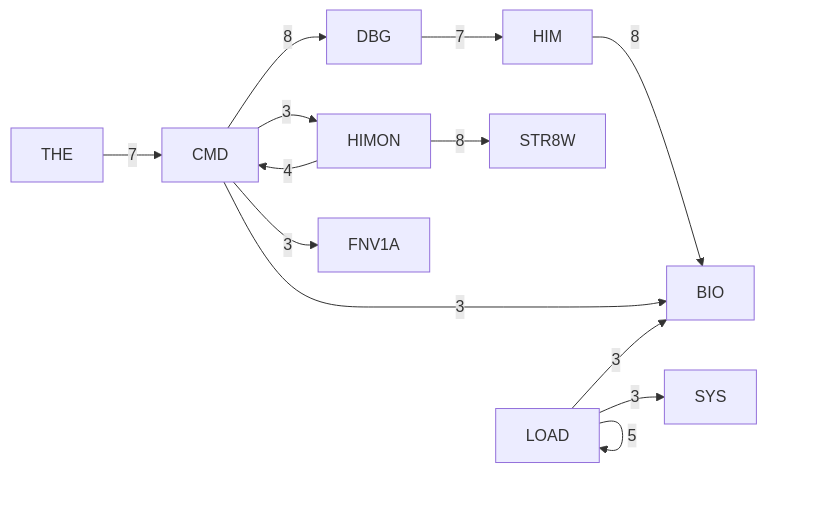
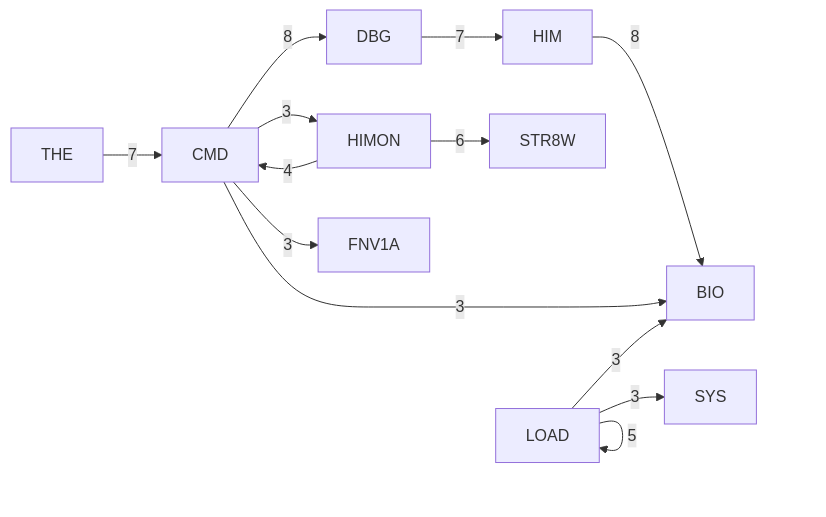
Before and after one commit to 95westus/R-YORS: the third of 6 diagrams in DOC/GENERATED/ROUTINE_CLASS_DIAGRAM.md, drawn with Mermaid. The commit also changed other lines of this file and 35 other files, not shown here.

````diff
--- a/DOC/GENERATED/ROUTINE_CLASS_DIAGRAM.md
+++ b/DOC/GENERATED/ROUTINE_CLASS_DIAGRAM.md
@@ -44,15 +44,15 @@
 ```mermaid
 flowchart LR
     P_CMD[CMD] -->|8| P_DBG[DBG]
     P_HIM[HIM] -->|8| P_BIO[BIO]
-    P_HIMON[HIMON] -->|8| P_STR8W[STR8W]
     P_DBG[DBG] -->|7| P_HIM[HIM]
     P_THE[THE] -->|7| P_CMD[CMD]
+    P_HIMON[HIMON] -->|6| P_STR8W[STR8W]
     P_LOAD[LOAD] -->|5| P_LOAD[LOAD]
     P_HIMON[HIMON] -->|4| P_CMD[CMD]
     P_CMD[CMD] -->|3| P_BIO[BIO]
     P_CMD[CMD] -->|3| P_FNV1A[FNV1A]
     P_CMD[CMD] -->|3| P_HIMON[HIMON]
     P_LOAD[LOAD] -->|3| P_BIO[BIO]
     P_LOAD[LOAD] -->|3| P_SYS[SYS]
 ```
````
